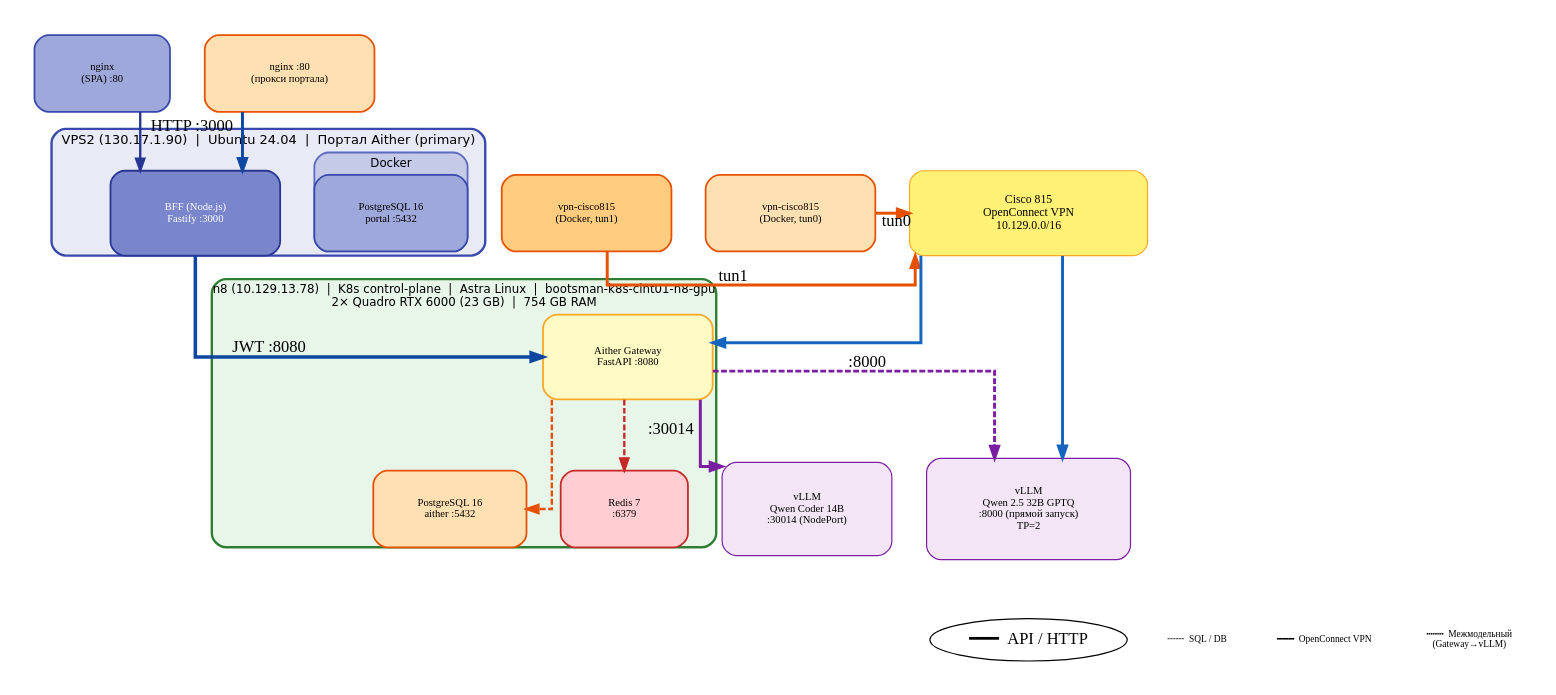
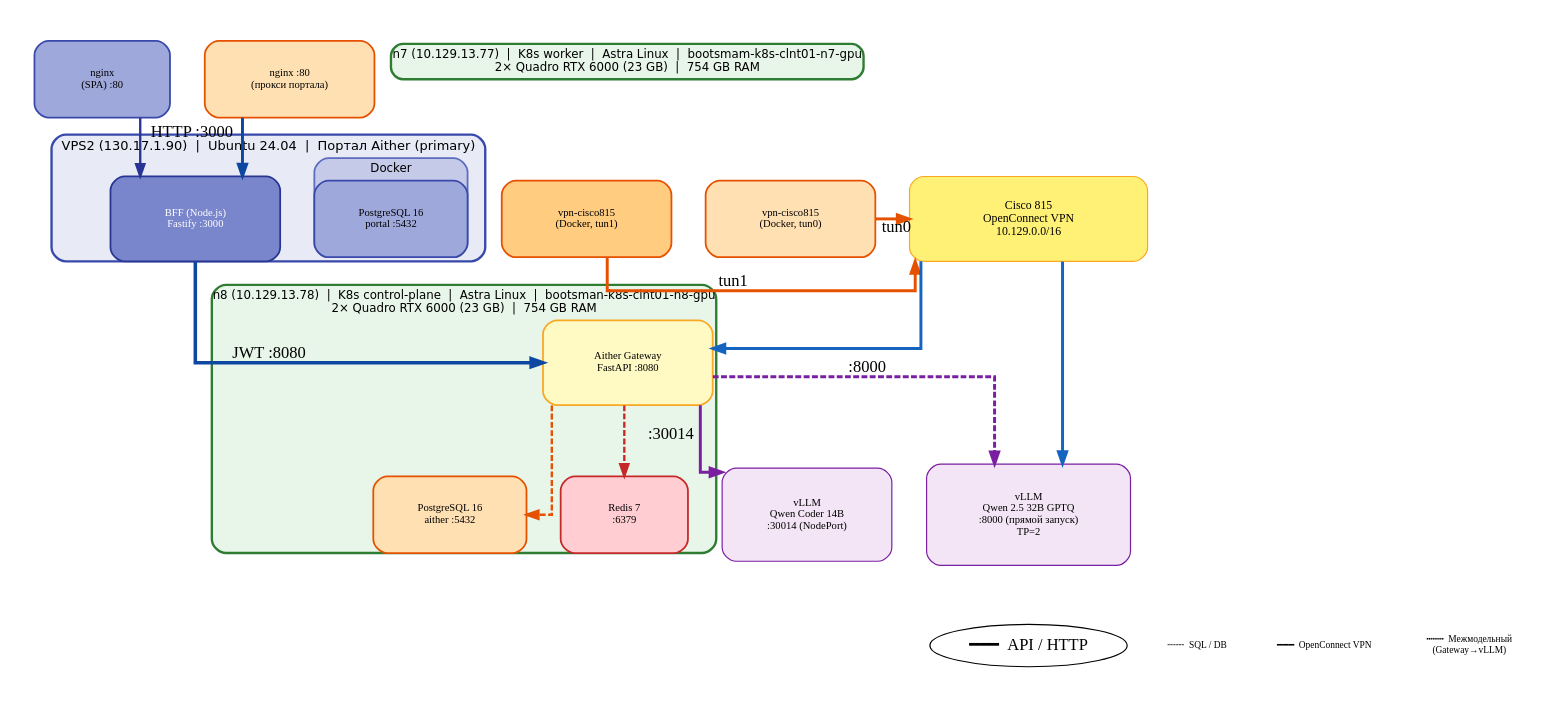
One commit to dedvmedved-dot/aither-project changed the diagram in docs/diagrams/physical-architecture-v3.dot. Above: the diagram before and after it, drawn with Graphviz. The commit also changed 3 other files, not shown here.

```diff
--- a/docs/diagrams/physical-architecture-v3.dot
+++ b/docs/diagrams/physical-architecture-v3.dot
@@ -1,177 +1,178 @@
 digraph AitherPhysicalArchitecture {
     rankdir=TB
     splines=ortho
     nodesep=0.4
     ranksep=0.7
     fontname="DejaVu Sans"
     fontsize=12
     bgcolor="white"
     pad=0.3
     margin=0.3
     dpi=72
 
     // ══════════════════════════════════════════════════════════
     // VPS2 — Основной портал
     // ══════════════════════════════════════════════════════════
     subgraph cluster_vps2 {
         label="VPS2 (130.17.1.90)  |  Ubuntu 24.04  |  Портал Aither (primary)"
         style="filled,rounded"
         fillcolor="#e8eaf6"
         color="#3949ab"
         fontcolor="#000000"
         fontsize=11
         penwidth=2
 
         subgraph cluster_vps2_docker {
             label="Docker"
             style="filled,rounded"
             fillcolor="#c5cae9"
             color="#5c6bc0"
             fontcolor="#000000"
             fontsize=10
             penwidth=1.5
             node [shape=box, style="filled,rounded", fillcolor="#9fa8da", color="#3949ab", fontcolor="#000000", fontsize=9, penwidth=1.5]
             v2_nginx [label="nginx\n(SPA) :80", width=1.6, height=0.9]
             v2_pg [label="PostgreSQL 16\nportal :5432", width=1.8, height=0.9]
         }
 
         node [shape=box, style="filled,rounded", fillcolor="#7986cb", color="#283593", fontcolor="#ffffff", fontsize=9, penwidth=1.5]
         v2_bff [label="BFF (Node.js)\nFastify :3000", width=2.0, height=1.0]
         v2_vpn [label="vpn-cisco815\n(Docker, tun1)", fillcolor="#ffcc80", color="#e65100", fontcolor="#000000", width=2.0, height=0.9]
     }
 
     // ══════════════════════════════════════════════════════════
     // VPS3 — Резерв + фронт
     // ══════════════════════════════════════════════════════════
     subgraph cluster_vps3 {
         label="VPS3 (89.127.217.88)  |  Ubuntu 24.04  |  Резервный портал"
         style="filled,rounded"
         fillcolor="#fff3e0"
         color="#e65100"
         fontcolor="#000000"
         fontsize=11
         penwidth=2
 
         node [shape=box, style="filled,rounded", fillcolor="#ffe0b2", color="#e65100", fontcolor="#000000", fontsize=9, penwidth=1.5]
         v3_nginx [label="nginx :80\n(прокси портала)", width=2.0, height=0.9]
         v3_vpn [label="vpn-cisco815\n(Docker, tun0)", width=2.0, height=0.9]
     }
 
     // ══════════════════════════════════════════════════════════
     // Cisco 815
     // ══════════════════════════════════════════════════════════
     subgraph cluster_cisco {
         label="Cisco 815 (95.137.2.98)  |  VPN-сервер (тестовая зона)"
         style="filled,rounded"
         fillcolor="#fff9c4"
         color="#f9a825"
         fontcolor="#000000"
         fontsize=11
         penwidth=2
         cisco [shape=box, style="filled,rounded", fillcolor="#fff176", color="#f9a825", fontcolor="#000000",
                label="Cisco 815\nOpenConnect VPN\n10.129.0.0/16", width=2.8, height=1.0, fontsize=10]
     }
 
     // ══════════════════════════════════════════════════════════
     // n8 — control-plane + Gateway
     // ══════════════════════════════════════════════════════════
     subgraph cluster_n8 {
         label="n8 (10.129.13.78)  |  K8s control-plane  |  Astra Linux  |  bootsman-k8s-clnt01-n8-gpu\n2× Quadro RTX 6000 (23 GB)  |  754 GB RAM"
         style="filled,rounded"
         fillcolor="#e8f5e9"
         color="#2e7d32"
         fontcolor="#000000"
         fontsize=10
         penwidth=2
 
         subgraph cluster_n8_k8s {
             label="Kubernetes (v1.33.5)"
             style="filled,rounded"
             fillcolor="#c8e6c9"
             color="#43a047"
             fontcolor="#000000"
             fontsize=9
             penwidth=1.5
             n8_v14 [shape=box, style="filled,rounded", fillcolor="#f3e5f5", color="#7b1fa2", fontcolor="#000000",
                     label="vLLM\nQwen Coder 14B\n:30014 (NodePort)", width=2.0, height=1.1, fontsize=9]
         }
 
         node [shape=box, style="filled,rounded", fontcolor="#000000", fontsize=9, penwidth=1.5]
         n8_gw [label="Aither Gateway\nFastAPI :8080", fillcolor="#fff9c4", color="#f9a825", width=2.0, height=1.0]
         n8_pg [label="PostgreSQL 16\naither :5432", fillcolor="#ffe0b2", color="#e65100", width=1.8, height=0.9]
         n8_redis [label="Redis 7\n:6379", fillcolor="#ffcdd2", color="#c62828", width=1.5, height=0.9]
     }
 
     // ══════════════════════════════════════════════════════════
     // n7 — worker + vLLM 32B
     // ══════════════════════════════════════════════════════════
     subgraph cluster_n7 {
         label="n7 (10.129.13.77)  |  K8s worker  |  Astra Linux  |  bootsmam-k8s-clnt01-n7-gpu\n2× Quadro RTX 6000 (23 GB)  |  754 GB RAM"
         style="filled,rounded"
         fillcolor="#e8f5e9"
         color="#2e7d32"
         fontcolor="#000000"
         fontsize=10
         penwidth=2
         n7_v32 [shape=box, style="filled,rounded", fillcolor="#f3e5f5", color="#7b1fa2", fontcolor="#000000",
                 label="vLLM\nQwen 2.5 32B GPTQ\n:8000 (прямой запуск)\nTP=2", width=2.4, height=1.2, fontsize=9]
+        n7_dummy [shape=point, style=invis, width=0, height=0]
     }
 
     // ══════════════════════════════════════════════════════════
     // RANK
     // ══════════════════════════════════════════════════════════
     { rank=same; v3_nginx; v2_nginx }
     { rank=same; v3_vpn; v2_vpn; cisco }
     { rank=same; n8_v14; n7_v32 }
 
     // ══════════════════════════════════════════════════════════
     // EDGES
     // ══════════════════════════════════════════════════════════
 
     // VPS2 internal
     v2_nginx -> v2_bff [color="#283593", penwidth=2.0, style=solid]
 
     // VPS3 nginx → VPS2 BFF (portal proxy)
     v3_nginx -> v2_bff [color="#0d47a1", penwidth=2.5, style=bold, xlabel="HTTP :3000"]
 
     // OpenConnect VPN
     v2_vpn -> cisco [color="#e65100", penwidth=2.5, style=bold, xlabel="tun1"]
     v3_vpn -> cisco [color="#e65100", penwidth=2.5, style=bold, xlabel="tun0"]
 
     // Cisco → GPU nodes
     cisco -> n8_gw [color="#1565c0", penwidth=2.5, style=solid]
     cisco -> n7_v32 [color="#1565c0", penwidth=2.5, style=solid]
 
     // BFF → Gateway
     v2_bff -> n8_gw [color="#0d47a1", penwidth=3.0, style=bold, xlabel="JWT :8080"]
 
     // Gateway → vLLM
     n8_gw -> n8_v14 [color="#7b1fa2", penwidth=2.5, style=solid, xlabel=":30014"]
     n8_gw -> n7_v32 [color="#7b1fa2", penwidth=2.5, style=dashed, xlabel=":8000"]
 
     // Gateway → DB/Redis
     n8_gw -> n8_pg [color="#e65100", penwidth=2.0, style=dashed]
     n8_gw -> n8_redis [color="#c62828", penwidth=2.0, style=dashed]
 
     // ══════════════════════════════════════════════════════════
     // LEGEND
     // ══════════════════════════════════════════════════════════
     n7_v32 -> le1 [style=invis, weight=0]
 
     subgraph cluster_legend {
         label="Условные обозначения"
         style="filled,rounded"
         fillcolor="#fafafa"
         color="#bdbdbd"
         fontcolor="#000000"
         fontsize=11
         peripheries=1
         node [shape=plaintext, fillcolor="#fafafa", color="#fafafa", fontsize=8, fontcolor="#000000", margin="0.03,0.02"]
         le1 [label="━━━  API / HTTP"]
         le2 [label="╌╌╌  SQL / DB"]
         le3 [label="━━━  OpenConnect VPN"]
         le4 [label="┅┅┅  Межмодельный\n(Gateway→vLLM)"]
         le1 -> le2 -> le3 -> le4 [style=invis]
     }
     { rank=same; le1; le2; le3; le4 }
 }
```
